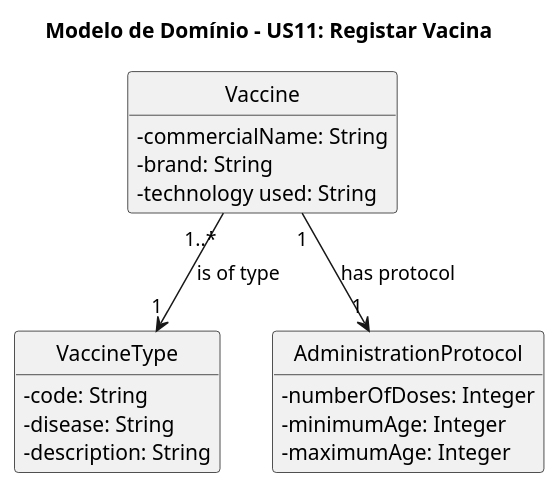
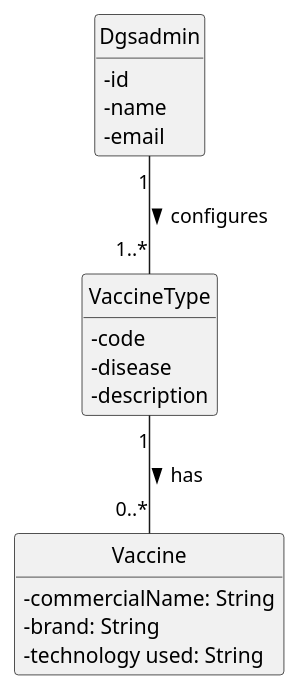
The diagram in docs/system-documentation/US11/puml/US11-DM.puml (goncalomaia18/leti-esoft-25-26-C3), drawn with PlantUML before and after one commit. The commit also changed 5 other files, not shown here.

```diff
--- a/docs/system-documentation/US11/puml/US11-DM.puml
+++ b/docs/system-documentation/US11/puml/US11-DM.puml
@@ -1,36 +1,31 @@
 @startuml
 'https://plantuml.com/class-diagram
 
 hide circle
 skinparam classAttributeIconSize 0
 hide methods
 
-title Modelo de Domínio - US11: Registar Vacina
 
 class Vaccine {
 
     - commercialName: String
     - brand: String
     - technology used: String
 }
 
-class VaccineType {
-
-    - code: String
-    - disease: String
-    - description: String
+class Dgsadmin {
+    -id
+    -name
+    -email
 }
 
-class AdministrationProtocol {
-
-    - numberOfDoses: Integer
-    - minimumAge: Integer
-    - maximumAge: Integer
+class VaccineType {
+    -code
+    -disease
+    -description
 }
 
-
-Vaccine "1" --> "1" AdministrationProtocol : "has protocol"
-
-Vaccine "1..*" --> "1" VaccineType : "is of type"
+Dgsadmin "1" -- "1..*" VaccineType : configures >
+VaccineType "1" -- "0..*" Vaccine : has >
 
 @enduml
```
